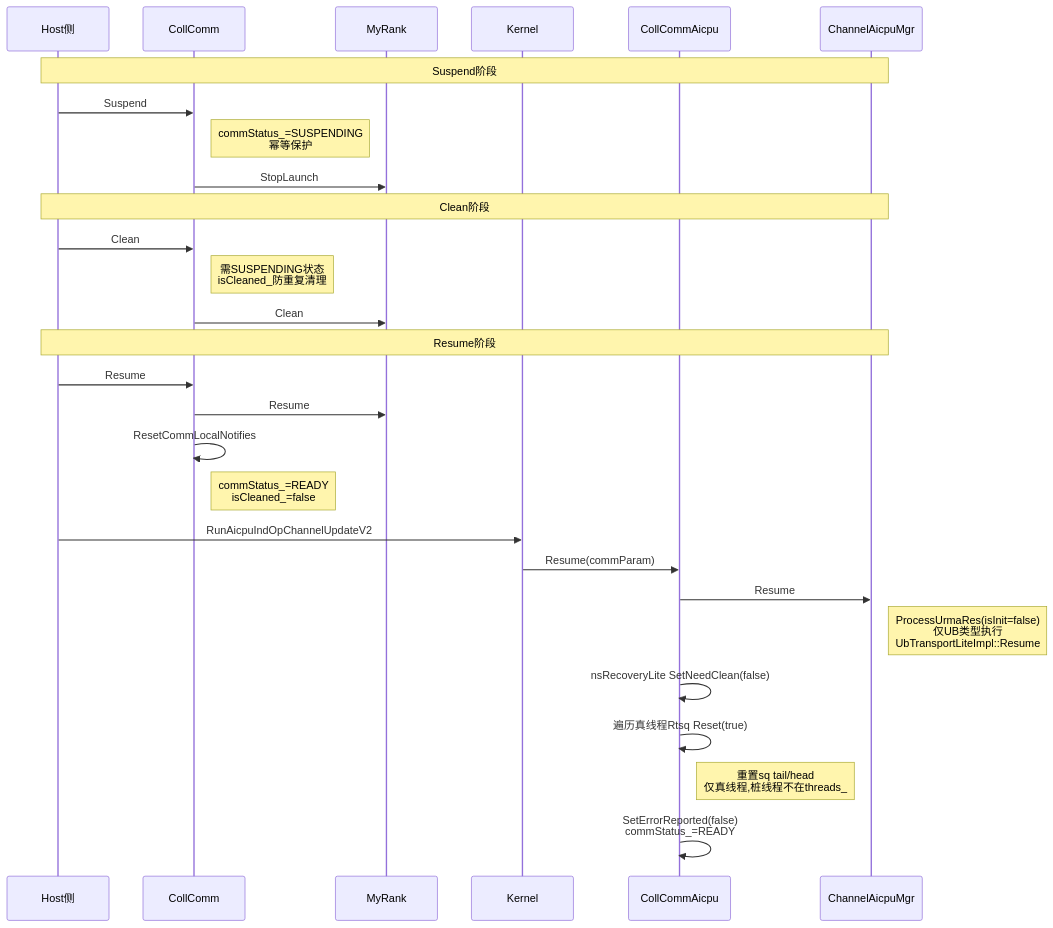
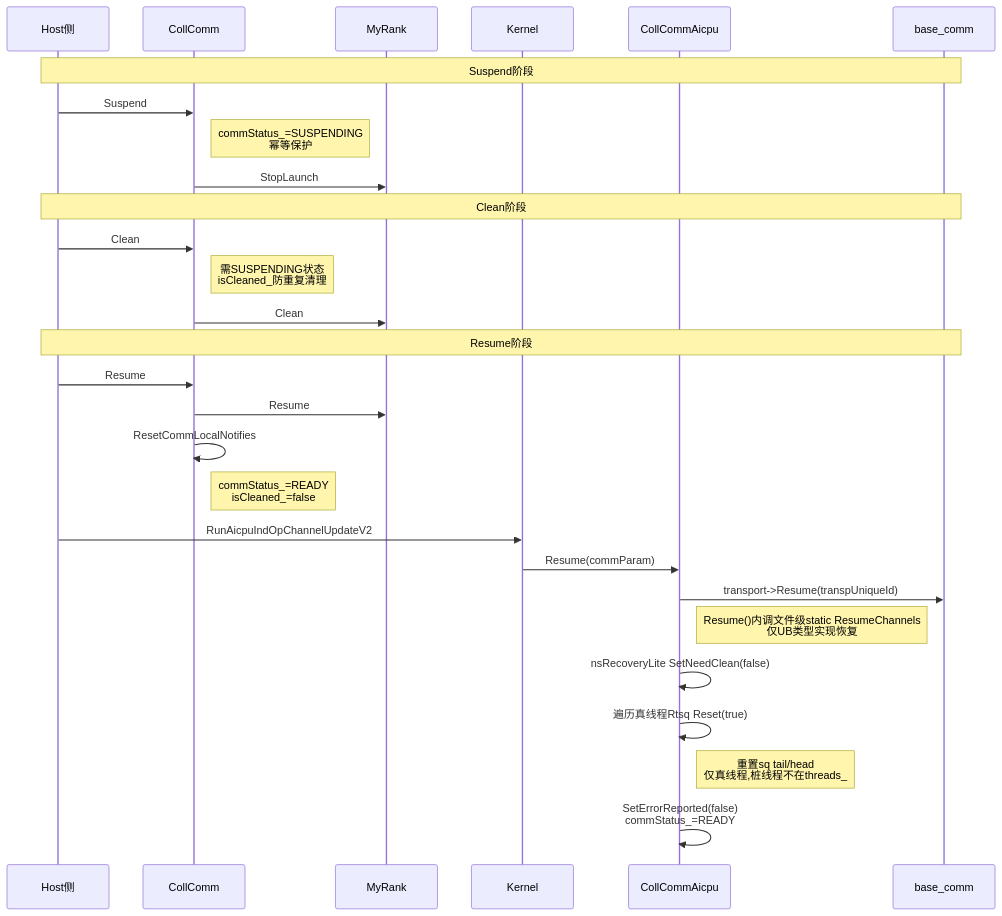
The eighth of 12 diagrams in src/coll_communicator_mgr/communicator/communicator.md (Atlas-Ascend-Fork/hcomm), drawn with Mermaid before and after one commit. The commit also changed other lines of this file and 4 other files, not shown here.

````diff
--- a/src/coll_communicator_mgr/communicator/communicator.md
+++ b/src/coll_communicator_mgr/communicator/communicator.md
@@ -376,35 +368,35 @@
 ```mermaid
 sequenceDiagram
     participant Host侧
     participant CollComm
     participant MyRank
     participant Kernel
     participant CollCommAicpu
-    participant ChannelAicpuMgr
+    participant base_comm
 
-    Note over Host侧,ChannelAicpuMgr: Suspend阶段
+    Note over Host侧,base_comm: Suspend阶段
     Host侧->>CollComm: Suspend
     Note right of CollComm: commStatus_=SUSPENDING<br/>幂等保护
     CollComm->>MyRank: StopLaunch
 
-    Note over Host侧,ChannelAicpuMgr: Clean阶段
+    Note over Host侧,base_comm: Clean阶段
     Host侧->>CollComm: Clean
     Note right of CollComm: 需SUSPENDING状态<br/>isCleaned_防重复清理
     CollComm->>MyRank: Clean
 
-    Note over Host侧,ChannelAicpuMgr: Resume阶段
+    Note over Host侧,base_comm: Resume阶段
     Host侧->>CollComm: Resume
     CollComm->>MyRank: Resume
     CollComm->>CollComm: ResetCommLocalNotifies
     Note right of CollComm: commStatus_=READY<br/>isCleaned_=false
 
     Host侧->>Kernel: RunAicpuIndOpChannelUpdateV2
     Kernel->>CollCommAicpu: Resume(commParam)
-    CollCommAicpu->>ChannelAicpuMgr: Resume
-    Note right of ChannelAicpuMgr: ProcessUrmaRes(isInit=false)<br/>仅UB类型执行<br/>UbTransportLiteImpl::Resume
+    CollCommAicpu->>base_comm: transport->Resume(transpUniqueId)
+    Note right of CollCommAicpu: Resume()内调文件级static ResumeChannels<br/>仅UB类型实现恢复
 
     CollCommAicpu->>CollCommAicpu: nsRecoveryLite SetNeedClean(false)
     CollCommAicpu->>CollCommAicpu: 遍历真线程Rtsq Reset(true)
     Note right of CollCommAicpu: 重置sq tail/head<br/>仅真线程,桩线程不在threads_
     CollCommAicpu->>CollCommAicpu: SetErrorReported(false)<br/>commStatus_=READY
 ```
````
